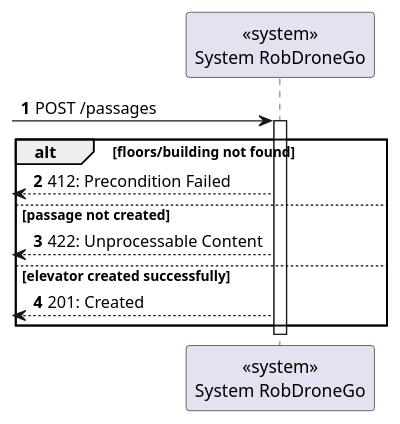
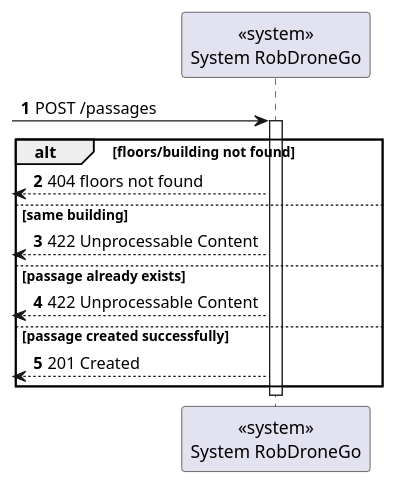
Before and after one commit to Departamento-de-Engenharia-Informatica/lapr5-23-24-g19: the diagram in docs/us240/level1/process-view.puml, drawn with PlantUML. The commit also changed 8 other files, not shown here.

```diff
--- a/docs/us240/level1/process-view.puml
+++ b/docs/us240/level1/process-view.puml
@@ -1,17 +1,19 @@
 @startuml
 autonumber
 
 participant "<<system>>\nSystem RobDroneGo" as sys
 
 [-> sys: POST /passages
 activate sys
     alt floors/building not found
-        [<-- sys : 412: Precondition Failed
-    else passage not created
-        [<-- sys : 422: Unprocessable Content
-    else elevator created successfully
-        [<-- sys : 201: Created
+        [<-- sys : 404 floors not found
+    else same building
+        [<-- sys : 422 Unprocessable Content
+    else passage already exists
+        [<-- sys : 422 Unprocessable Content
+    else passage created successfully
+        [<-- sys : 201 Created
     end
 deactivate sys
 
 @enduml
```
